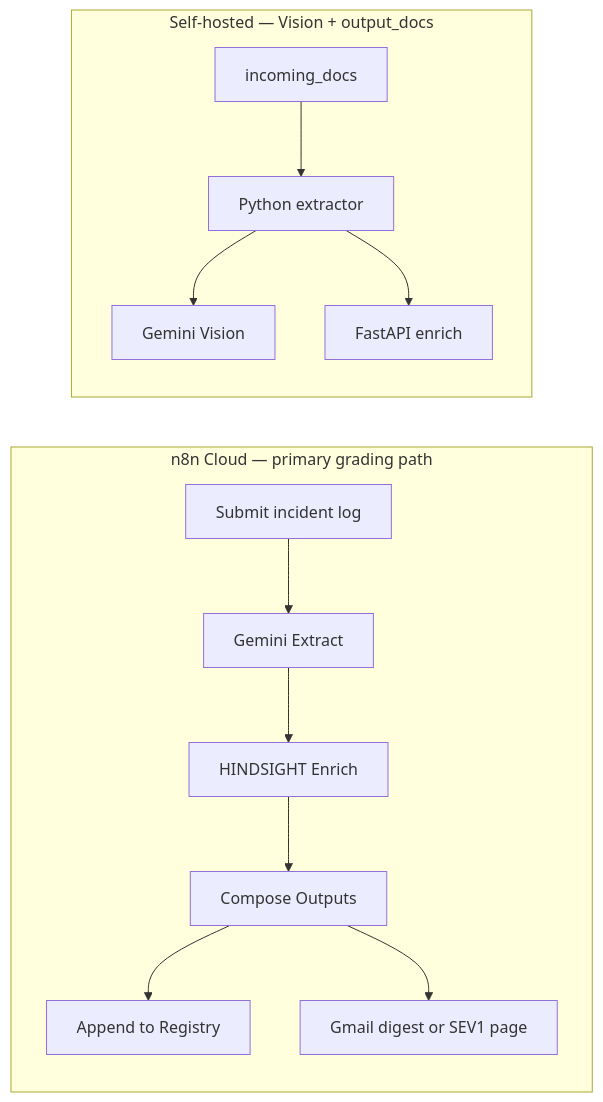
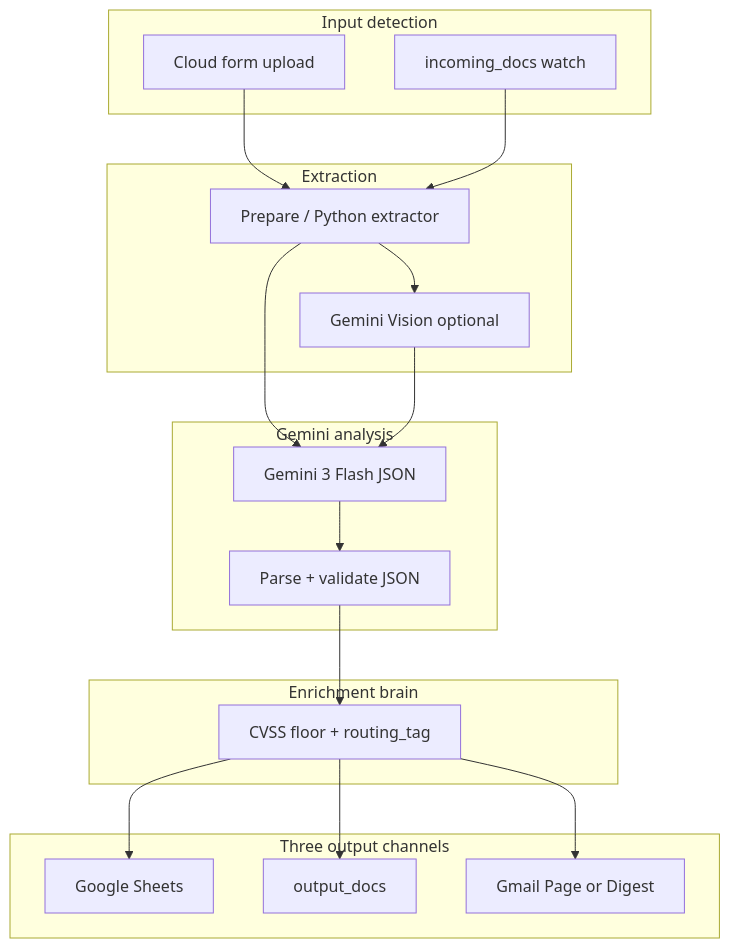
The diagram in README.md (reem-mor/hindsight), drawn with Mermaid before and after one commit. The commit also changed other lines of this file and 107 other files, not shown here.

First line of the commit message:
docs: update .env.example, README, and architecture documentation for enhanced configuration and clarity

````diff
--- a/README.md
+++ b/README.md
@@ -22,22 +22,32 @@
 ```mermaid
-flowchart LR
-  subgraph cloud [n8n Cloud — primary grading path]
-    Form[Submit incident log]
-    Gemini[Gemini Extract]
-    Enrich[HINDSIGHT Enrich]
-    Compose[Compose Outputs]
-    Sheets[Append to Registry]
-    Gmail[Gmail digest or SEV1 page]
-    Form --> Gemini --> Enrich --> Compose
-    Compose --> Sheets
-    Compose --> Gmail
+flowchart TB
+  subgraph input [Input detection]
+    Form[Cloud form upload]
+    Watch[incoming_docs watch]
   end
-  subgraph local [Self-hosted — Vision + output_docs]
-    Watch[incoming_docs]
-    Extract[Python extractor]
-    Vision[Gemini Vision]
-    API[FastAPI enrich]
-    Watch --> Extract --> Vision
-    Extract --> API
+  subgraph extract [Extraction]
+    Prep[Prepare / Python extractor]
+    Vision[Gemini Vision optional]
   end
+  subgraph analyze [Gemini analysis]
+    Flash[Gemini 3 Flash JSON]
+    Parse[Parse + validate JSON]
+  end
+  subgraph decide [Enrichment brain]
+    Enrich[CVSS floor + routing_tag]
+  end
+  subgraph outputs [Three output channels]
+    Sheets[Google Sheets]
+    Files[output_docs]
+    Gmail[Gmail Page or Digest]
+  end
+  Form --> Prep
+  Watch --> Prep
+  Prep --> Vision
+  Prep --> Flash
+  Vision --> Flash
+  Flash --> Parse --> Enrich
+  Enrich --> Sheets
+  Enrich --> Files
+  Enrich --> Gmail
 ```
````
